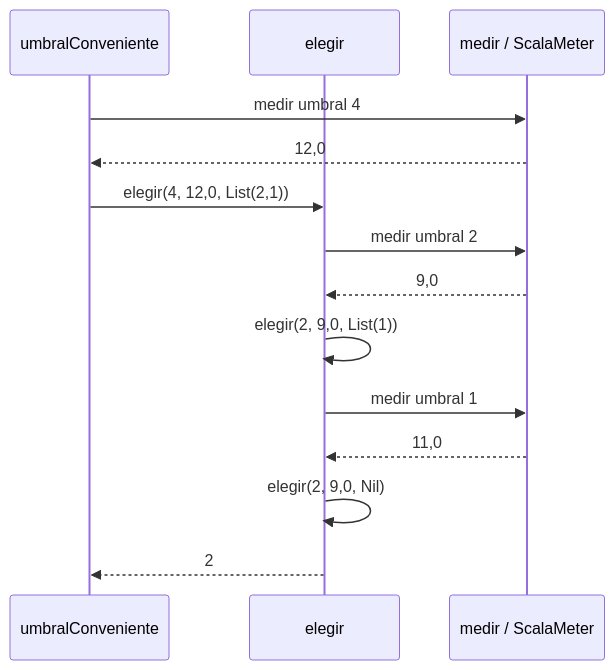
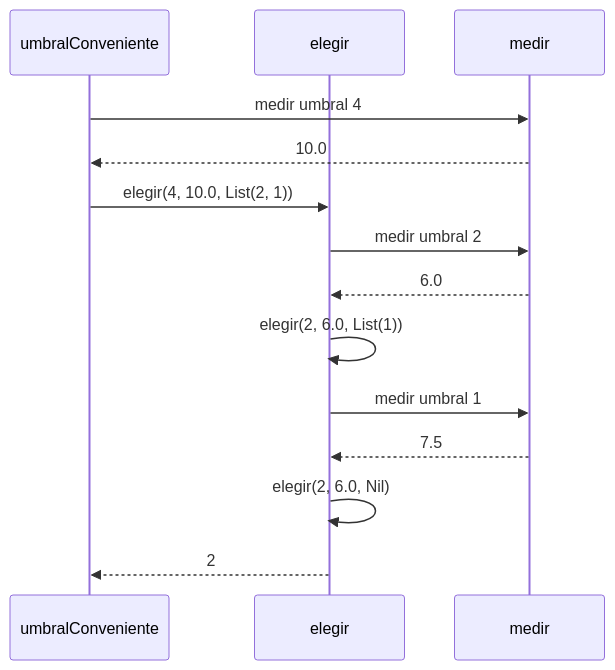
One commit to Sgv-star/pfc-taller-4-simulacion-particulas changed the sixth of 6 diagrams in docs/proceso.md. Above: the diagram before and after it, drawn with Mermaid. The commit also changed other lines of this file and 1 other file, not shown here.

````diff
--- a/docs/proceso.md
+++ b/docs/proceso.md
@@ -216,16 +722,16 @@
 ```mermaid
 sequenceDiagram
     participant U as umbralConveniente
     participant E as elegir
-    participant M as medir / ScalaMeter
+    participant M as medir
     U->>M: medir umbral 4
-    M-->>U: 12,0
-    U->>E: elegir(4, 12,0, List(2,1))
+    M-->>U: 10.0
+    U->>E: elegir(4, 10.0, List(2, 1))
     E->>M: medir umbral 2
-    M-->>E: 9,0
-    E->>E: elegir(2, 9,0, List(1))
+    M-->>E: 6.0
+    E->>E: elegir(2, 6.0, List(1))
     E->>M: medir umbral 1
-    M-->>E: 11,0
-    E->>E: elegir(2, 9,0, Nil)
+    M-->>E: 7.5
+    E->>E: elegir(2, 6.0, Nil)
     E-->>U: 2
 ```
````
